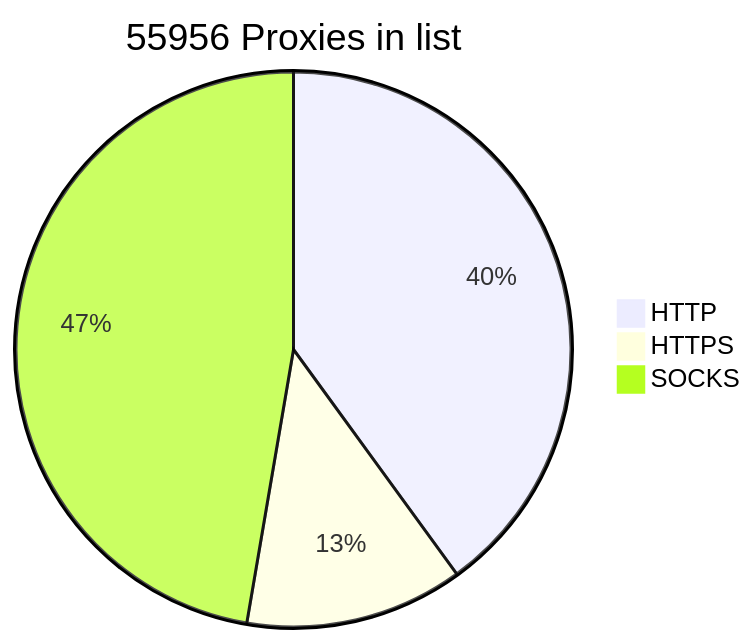
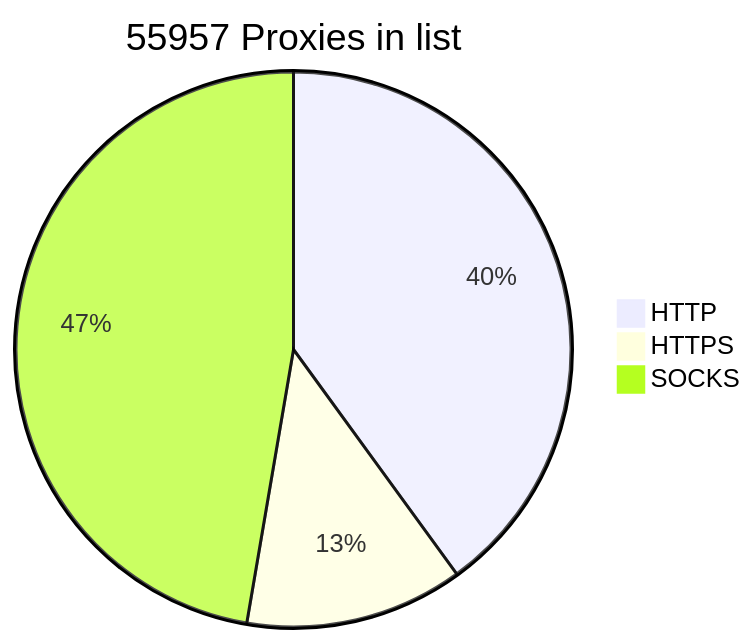
The diagram in README.md (BlackSnowDot/proxylist-update-every-minute), drawn with Mermaid before and after one commit.

````diff
--- a/README.md
+++ b/README.md
@@ -2,6 +2,6 @@
 ```mermaid
-pie title 55956 Proxies in list
-    "HTTP" : 25085
+pie title 55957 Proxies in list
+    "HTTP" : 25086
     "HTTPS": 7963
     "SOCKS" : 29670
 ```
````
